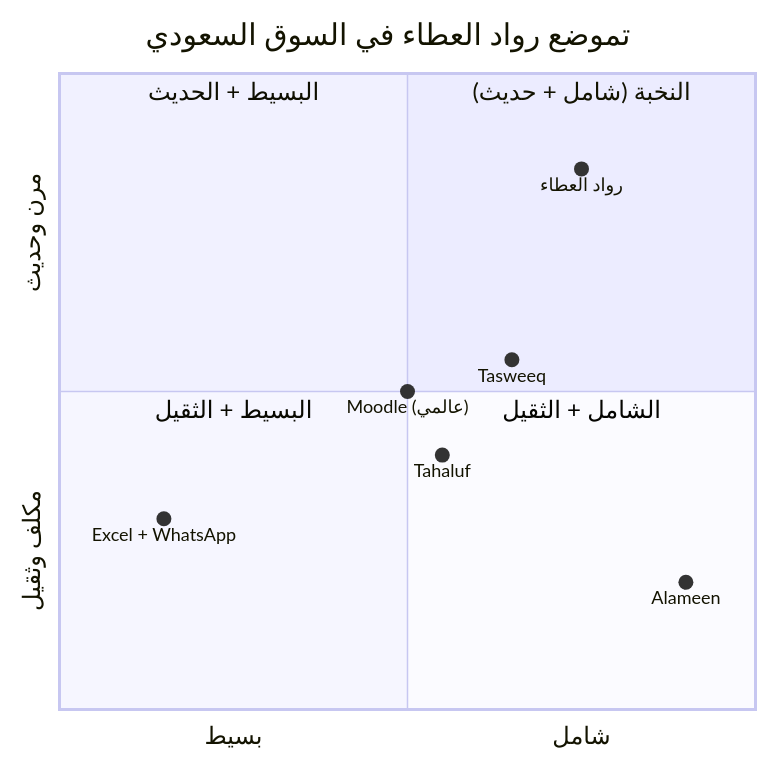
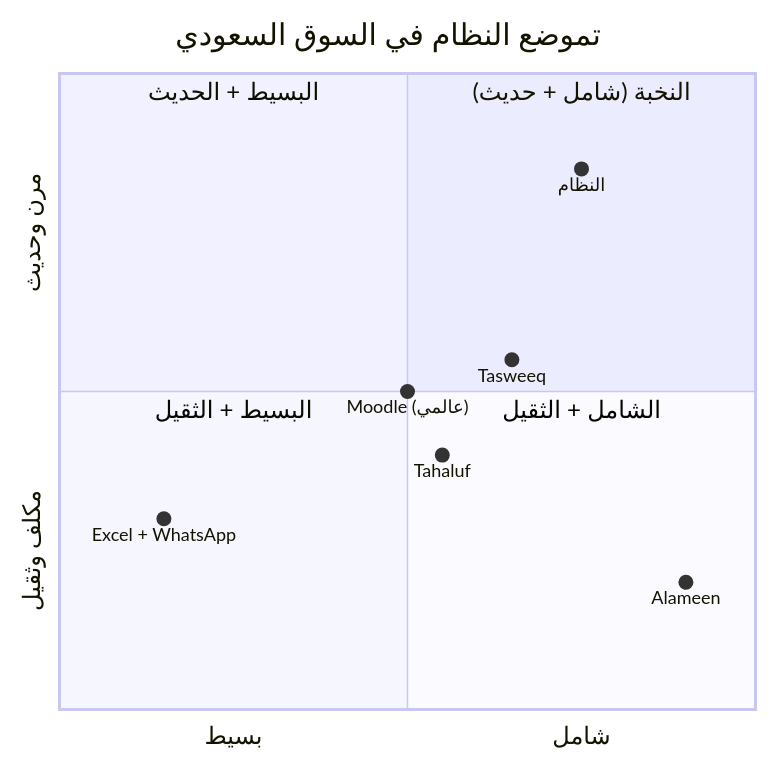
Before and after one commit to alharbib902-del/technical-handover: the first of 8 diagrams in مسودات-الوكلاء/الجزء-01-السياق-والمعمارية.md, drawn with Mermaid. The commit also changed other lines of this file and 4 other files, not shown here.

````diff
--- a/مسودات-الوكلاء/الجزء-01-السياق-والمعمارية.md
+++ b/مسودات-الوكلاء/الجزء-01-السياق-والمعمارية.md
@@ -205,16 +205,16 @@
 ```mermaid
 quadrantChart
-    title تموضع رواد العطاء في السوق السعودي
+    title تموضع النظام في السوق السعودي
     x-axis "بسيط" --> "شامل"
     y-axis "مكلف وثقيل" --> "مرن وحديث"
     quadrant-1 "النخبة (شامل + حديث)"
     quadrant-2 "البسيط + الحديث"
     quadrant-3 "البسيط + الثقيل"
     quadrant-4 "الشامل + الثقيل"
     "Tasweeq": [0.65, 0.55]
     "Alameen": [0.90, 0.20]
     "Tahaluf": [0.55, 0.40]
     "Moodle (عالمي)": [0.50, 0.50]
     "Excel + WhatsApp": [0.15, 0.30]
-    "رواد العطاء": [0.75, 0.85]
+    "النظام": [0.75, 0.85]
 ```
````
